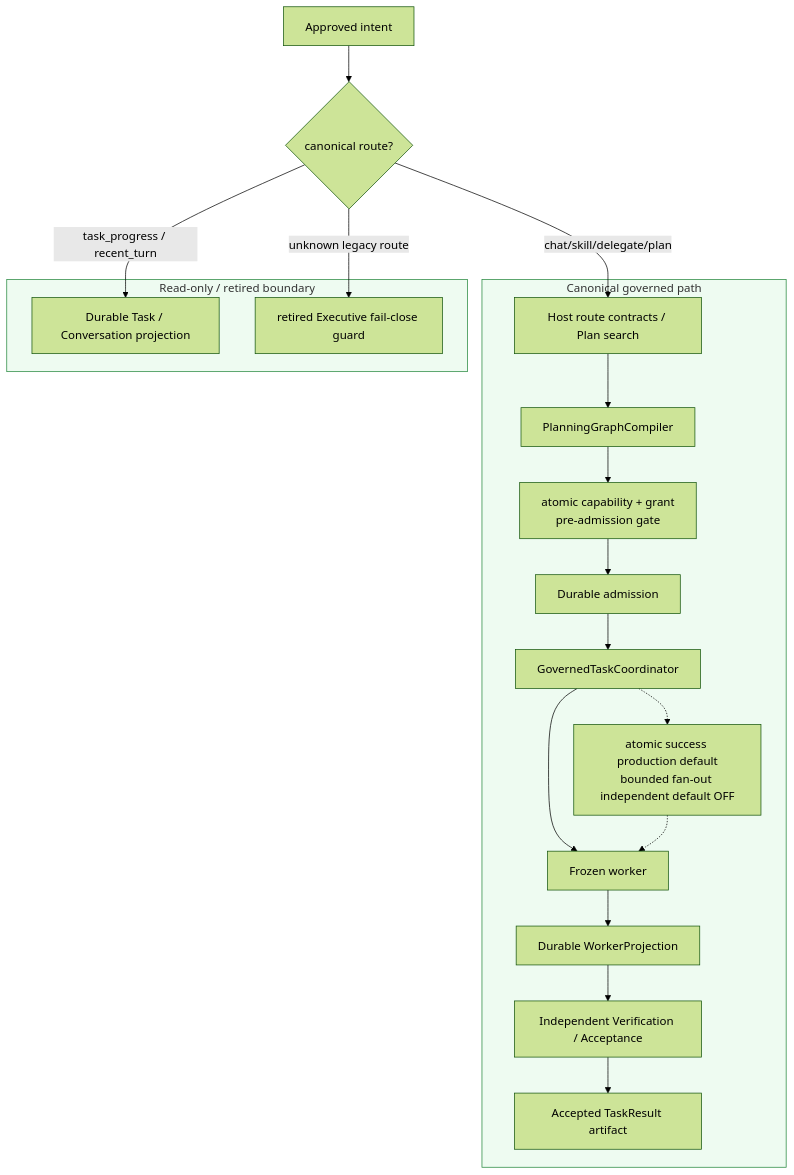
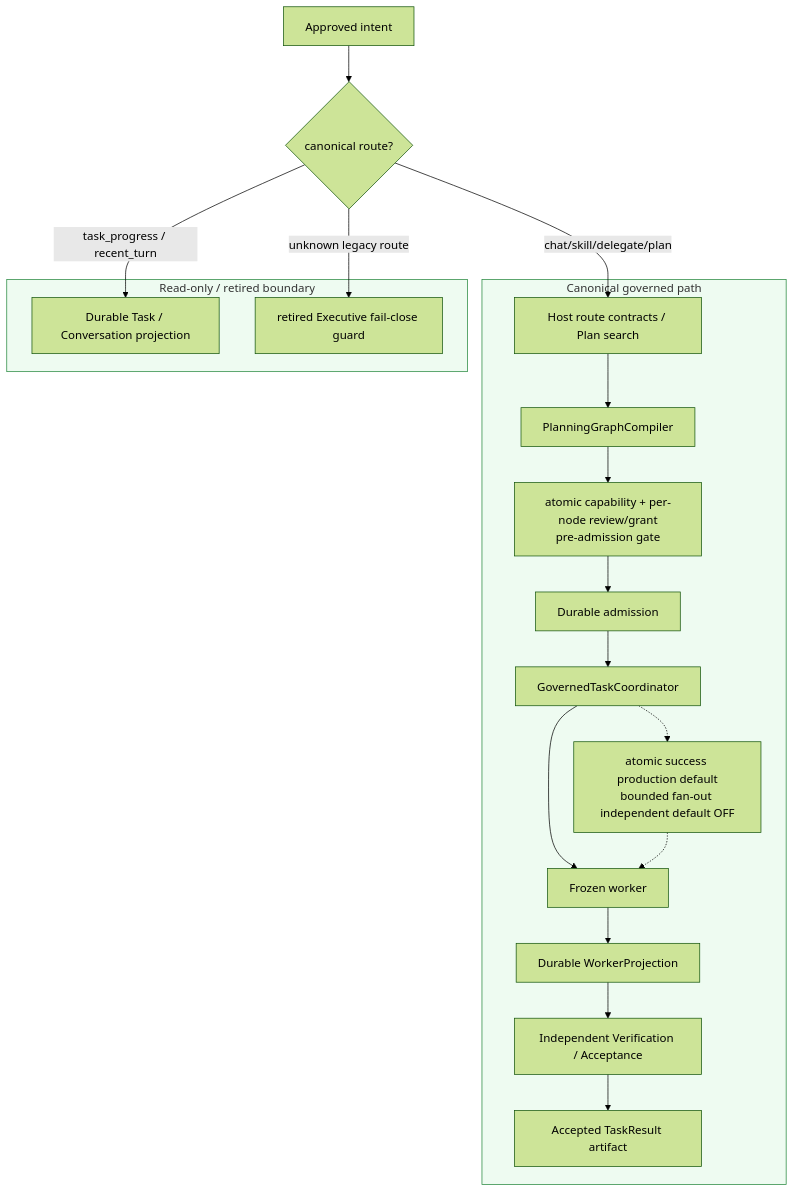
One commit to SakuraYoruno/Natsume_Ai changed the first of 6 diagrams in docs/50_project/arch/diagrams/04_executive_layers.md. Above: the diagram before and after it, drawn with Mermaid (forest theme). The commit also changed other lines of this file and 27 other files, not shown here.

````diff
--- a/docs/50_project/arch/diagrams/04_executive_layers.md
+++ b/docs/50_project/arch/diagrams/04_executive_layers.md
@@ -13,33 +13,33 @@
 ```mermaid
 flowchart TD
     INTENT["Approved intent"]
     ROUTE{"canonical route?"}
 
     subgraph Canonical["Canonical governed path"]
         HS["Host route contracts / Plan search"]
         GC["PlanningGraphCompiler"]
-        GATE["atomic capability + grant\npre-admission gate"]
+        GATE["atomic capability + per-node review/grant\npre-admission gate"]
         AD["Durable admission"]
         TR["GovernedTaskCoordinator"]
         SHADOW["atomic success production default\nbounded fan-out independent default OFF"]
         WK["Frozen worker"]
         WP["Durable WorkerProjection"]
         AC["Independent Verification / Acceptance"]
         ART["Accepted TaskResult artifact"]
         HS --> GC --> GATE --> AD --> TR --> WK --> WP --> AC --> ART
         TR -.-> SHADOW -.-> WK
     end
 
     subgraph ReadOnly["Read-only / retired boundary"]
         RP["Durable Task / Conversation projection"]
         EX["retired Executive fail-close guard"]
     end
 
     INTENT --> ROUTE
     ROUTE -->|"chat/skill/delegate/plan"| HS
     ROUTE -->|"task_progress / recent_turn"| RP
     ROUTE -->|"unknown legacy route"| EX
 
     style Canonical fill:#eefbf1,stroke:#22863a
     style ReadOnly fill:#eefbf1,stroke:#22863a
 ```
````
